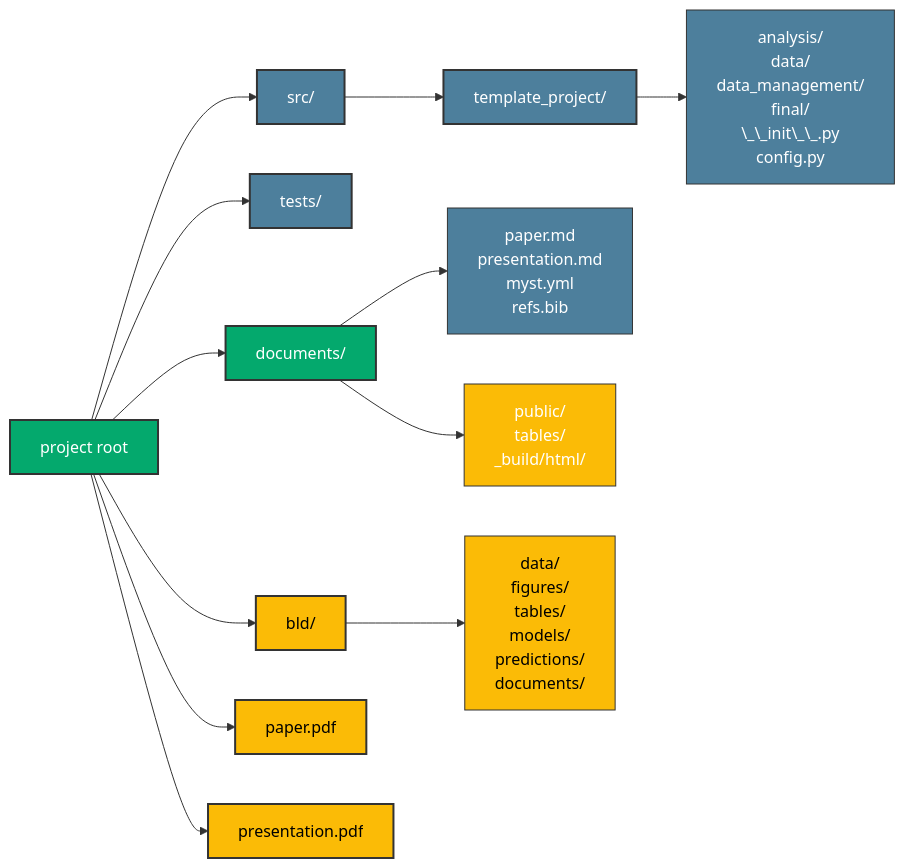
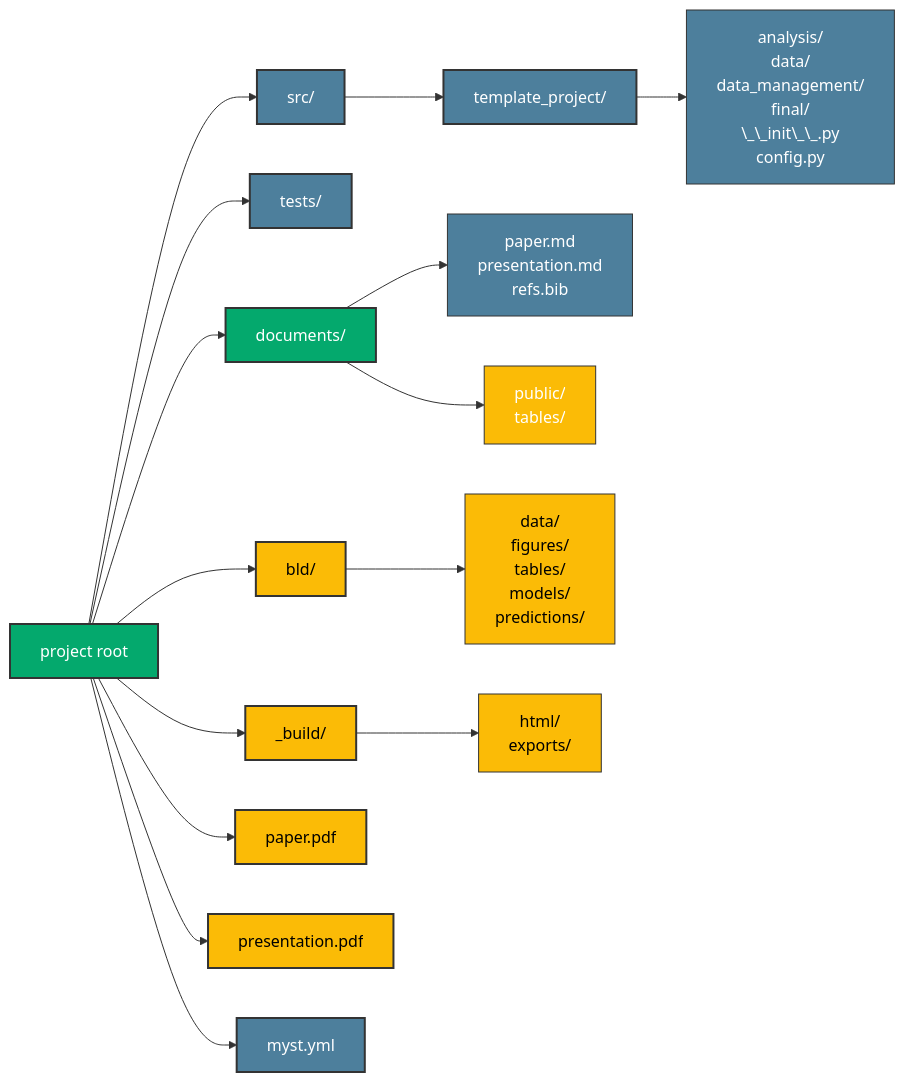
Before and after one commit to OpenSourceEconomics/econ-project-templates: the first of 2 diagrams in docs_template/source/background/directory_structure.md, drawn with Mermaid. The commit also changed other lines of this file and 4 other files, not shown here.

````diff
--- a/docs_template/source/background/directory_structure.md
+++ b/docs_template/source/background/directory_structure.md
@@ -10,42 +10,51 @@
 ```{mermaid}
 flowchart LR
     Root["project root"]
 
     Src["src/"]
     SrcSub["template_project/"]
     SrcSubDir["analysis/<br/>data/<br/>data_management/<br/>final/<br/>\_\_init\_\_.py<br/>config.py"]
     Tests["tests/"]
     Documents["documents/"]
-    DocumentsSource["paper.md<br/>presentation.md<br/>myst.yml<br/>refs.bib"]
-    DocumentsOutput["public/<br/>tables/<br/>_build/html/"]
+    DocumentsSource["paper.md<br/>presentation.md<br/>refs.bib"]
+    DocumentsOutput["public/<br/>tables/"]
     Bld["bld/"]
-    BldSub["data/<br/>figures/<br/>tables/<br/>models/<br/>predictions/<br/>documents/"]
+    BldSub["data/<br/>figures/<br/>tables/<br/>models/<br/>predictions/"]
+    Build["_build/"]
+    BuildSub["html/<br/>exports/"]
     Paper["paper.pdf"]
     Presentation["presentation.pdf"]
+    MystYml["myst.yml"]
 
+    Root --> MystYml
     Root --> Paper
     Root --> Presentation
+    Root --> Build
     Root --> Bld
     Root --> Documents
     Root --> Src
     Root --> Tests
 
+    Build --> BuildSub
     Bld --> BldSub
     Documents --> DocumentsSource
     Documents --> DocumentsOutput
     Src --> SrcSub
     SrcSub --> SrcSubDir
 
     style Root fill:#04A96D,stroke:#333,stroke-width:2px,color:#fff
     style Bld fill:#FBBB06,stroke:#333,stroke-width:2px,color:#000
+    style Build fill:#FBBB06,stroke:#333,stroke-width:2px,color:#000
+    style BuildSub fill:#FBBB06,stroke:#333,stroke-width:1px,color:#000
     style Documents fill:#04A96D,stroke:#333,stroke-width:2px,color:#fff
     style Paper fill:#FBBB06,stroke:#333,stroke-width:2px,color:#000
     style Presentation fill:#FBBB06,stroke:#333,stroke-width:2px,color:#000
+    style MystYml fill:#4d7f9c,stroke:#333,stroke-width:2px,color:#fff
     style Src fill:#4d7f9c,stroke:#333,stroke-width:2px,color:#fff
     style Tests fill:#4d7f9c,stroke:#333,stroke-width:2px,color:#fff
     style BldSub fill:#FBBB06,stroke:#333,stroke-width:1px,color:#000
     style DocumentsSource fill:#4d7f9c,stroke:#333,stroke-width:1px,color:#fff
     style DocumentsOutput fill:#FBBB06,stroke:#333,stroke-width:1px,color:#fff
     style SrcSub fill:#4d7f9c,stroke:#333,stroke-width:2px,color:#fff
     style SrcSubDir fill:#4d7f9c,stroke:#333,stroke-width:1px,color:#fff
 ```
````
